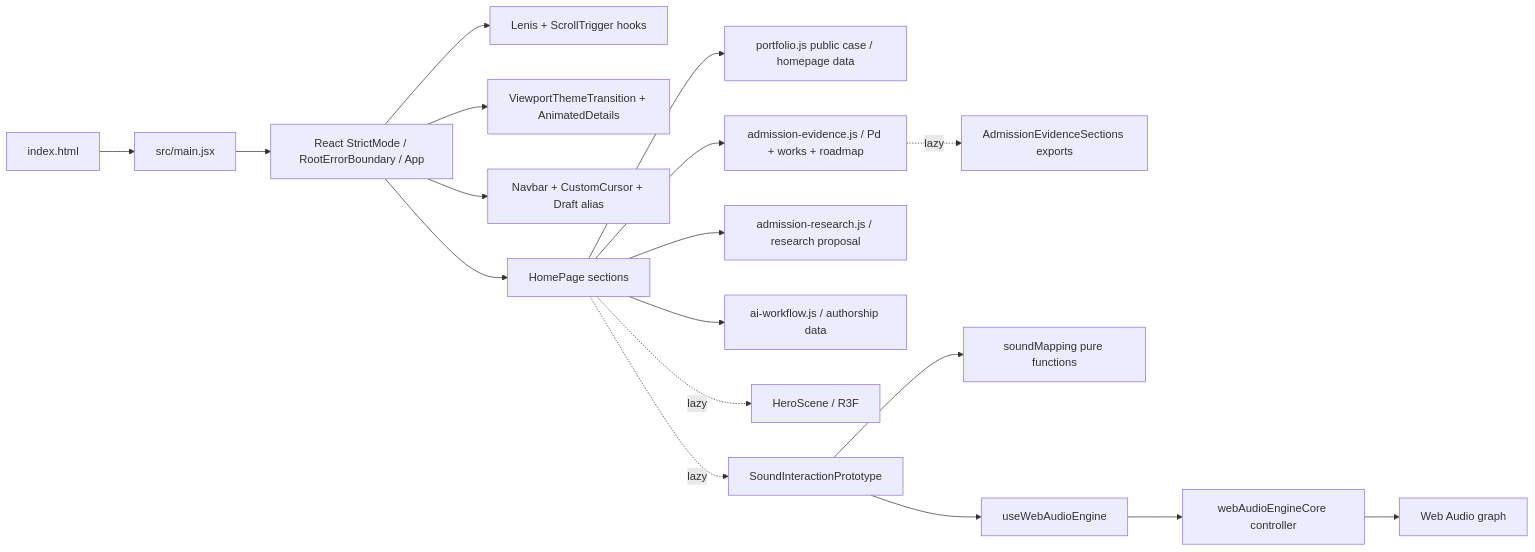
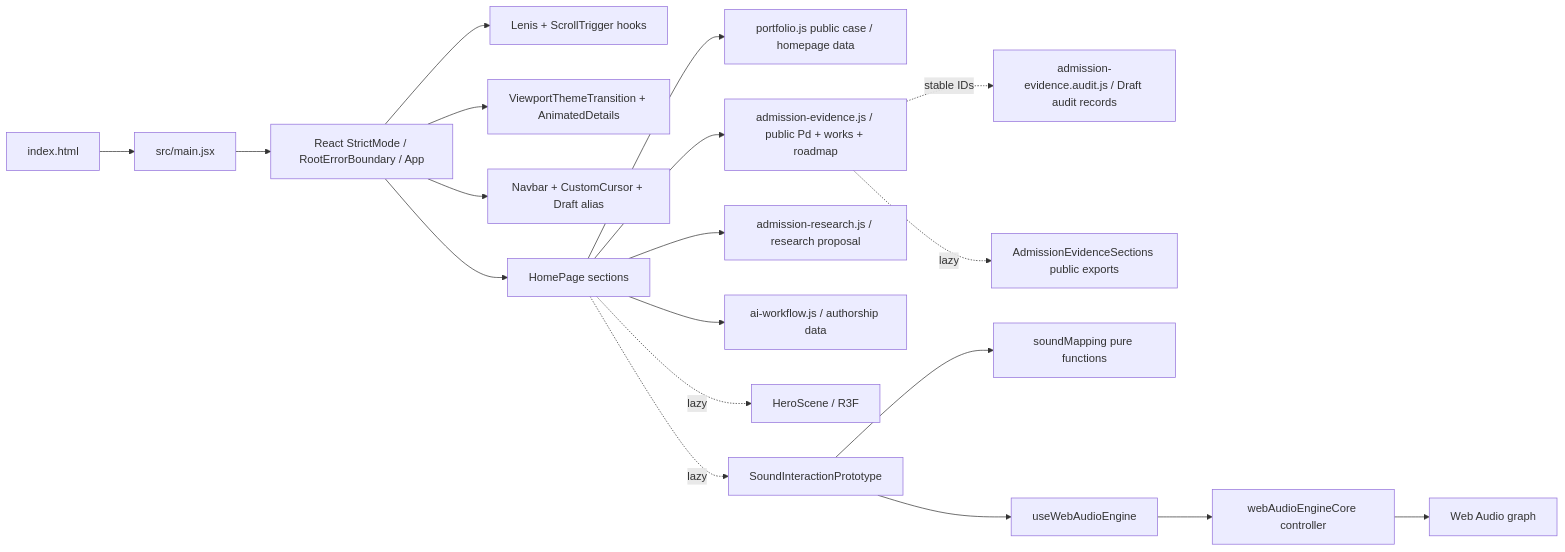
Before and after one commit to Ruyuang0509/ruyuang-portfolio: the first of 2 diagrams in docs/website/TECHNICAL_ARCHITECTURE.md, drawn with Mermaid. The commit also changed other lines of this file and 45 other files, not shown here.

First line of the commit message:
feat: refine public portfolio narrative and evidence presentation (#9)

````diff
--- a/docs/website/TECHNICAL_ARCHITECTURE.md
+++ b/docs/website/TECHNICAL_ARCHITECTURE.md
@@ -65,20 +72,21 @@
 ```mermaid
 flowchart LR
   A["index.html"] --> B["src/main.jsx"]
   B --> C["React StrictMode / RootErrorBoundary / App"]
   C --> D["Lenis + ScrollTrigger hooks"]
   C --> N["ViewportThemeTransition + AnimatedDetails"]
   C --> E["Navbar + CustomCursor + Draft alias"]
   C --> F["HomePage sections"]
   F --> G["portfolio.js public case / homepage data"]
-  F --> O["admission-evidence.js / Pd + works + roadmap"]
+  F --> O["admission-evidence.js / public Pd + works + roadmap"]
+  O -. stable IDs .-> S["admission-evidence.audit.js / Draft audit records"]
   F --> P["admission-research.js / research proposal"]
   F --> Q["ai-workflow.js / authorship data"]
-  O -. lazy .-> R["AdmissionEvidenceSections exports"]
+  O -. lazy .-> R["AdmissionEvidenceSections public exports"]
   F -. lazy .-> H["HeroScene / R3F"]
   F -. lazy .-> I["SoundInteractionPrototype"]
   I --> J["soundMapping pure functions"]
   I --> K["useWebAudioEngine"]
   K --> L["webAudioEngineCore controller"]
   L --> M["Web Audio graph"]
 ```
````
